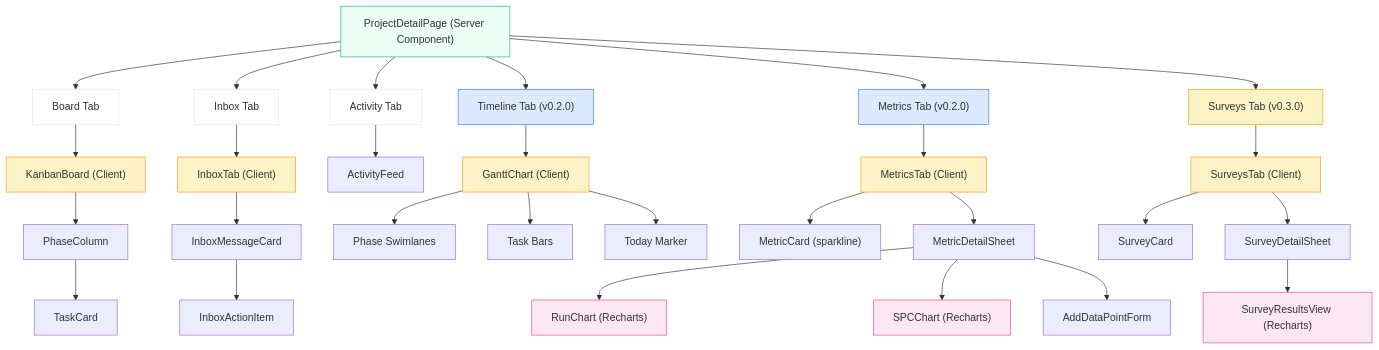
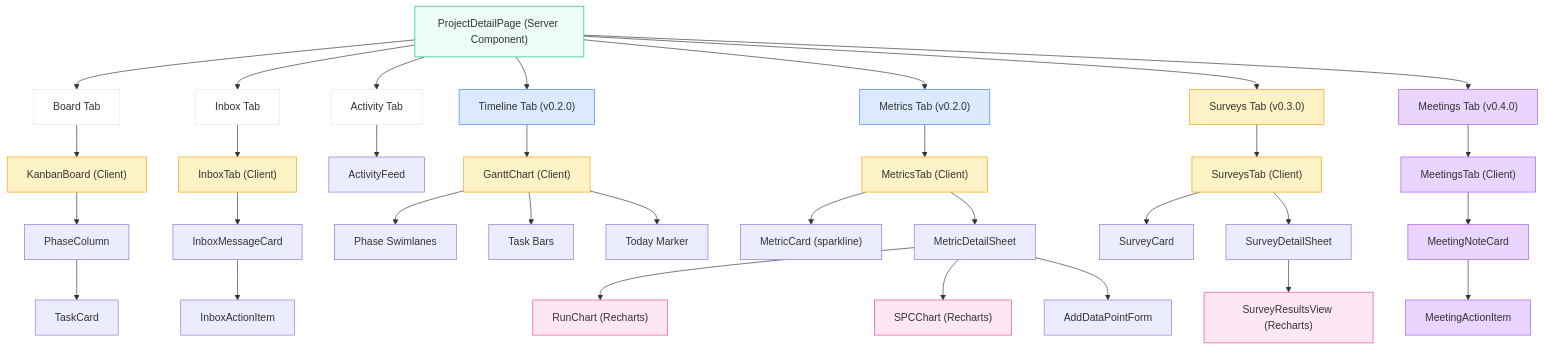
One commit to akbarherekar/QIapp changed diagram 12 of 16 in docs/diagrams.md. Above: the diagram before and after it, drawn with Mermaid. The commit also changed other lines of this file and 23 other files, not shown here.

````diff
--- a/docs/diagrams.md
+++ b/docs/diagrams.md
@@ -678,54 +743,63 @@
 ```mermaid
 graph TD
     PD["ProjectDetailPage (Server Component)"]
 
     PD --> T1["Board Tab"]
     PD --> T2["Inbox Tab"]
     PD --> T3["Activity Tab"]
     PD --> T4["Timeline Tab (v0.2.0)"]
     PD --> T5["Metrics Tab (v0.2.0)"]
     PD --> T6["Surveys Tab (v0.3.0)"]
+    PD --> T7["Meetings Tab (v0.4.0)"]
 
     T1 --> KB["KanbanBoard (Client)"]
     KB --> PC["PhaseColumn"]
     PC --> TC["TaskCard"]
 
     T2 --> IT["InboxTab (Client)"]
     IT --> MC["InboxMessageCard"]
     MC --> AI["InboxActionItem"]
 
     T3 --> AF["ActivityFeed"]
 
     T4 --> GC["GanttChart (Client)"]
     GC --> PS["Phase Swimlanes"]
     GC --> TB["Task Bars"]
     GC --> TM["Today Marker"]
 
     T5 --> MTab["MetricsTab (Client)"]
     MTab --> MCa["MetricCard (sparkline)"]
     MTab --> MDS["MetricDetailSheet"]
     MDS --> RCh["RunChart (Recharts)"]
     MDS --> SPCh["SPCChart (Recharts)"]
     MDS --> ADP["AddDataPointForm"]
 
     T6 --> STab["SurveysTab (Client)"]
     STab --> SCa["SurveyCard"]
     STab --> SDS["SurveyDetailSheet"]
     SDS --> SRV["SurveyResultsView (Recharts)"]
 
+    T7 --> MtTab["MeetingsTab (Client)"]
+    MtTab --> MNC["MeetingNoteCard"]
+    MNC --> MAI["MeetingActionItem"]
+
     style PD fill:#ecfdf5,stroke:#10b981
     style T1 fill:#fff,stroke:#e2e8f0
     style T2 fill:#fff,stroke:#e2e8f0
     style T3 fill:#fff,stroke:#e2e8f0
     style T4 fill:#dbeafe,stroke:#3b82f6
     style T5 fill:#dbeafe,stroke:#3b82f6
     style T6 fill:#fef3c7,stroke:#f59e0b
     style KB fill:#fef3c7,stroke:#f59e0b
     style IT fill:#fef3c7,stroke:#f59e0b
     style GC fill:#fef3c7,stroke:#f59e0b
     style MTab fill:#fef3c7,stroke:#f59e0b
     style STab fill:#fef3c7,stroke:#f59e0b
+    style MtTab fill:#e9d5ff,stroke:#a855f7
+    style MNC fill:#e9d5ff,stroke:#a855f7
+    style MAI fill:#e9d5ff,stroke:#a855f7
+    style T7 fill:#e9d5ff,stroke:#a855f7
     style RCh fill:#fce7f3,stroke:#ec4899
     style SPCh fill:#fce7f3,stroke:#ec4899
     style SRV fill:#fce7f3,stroke:#ec4899
 ```
````
